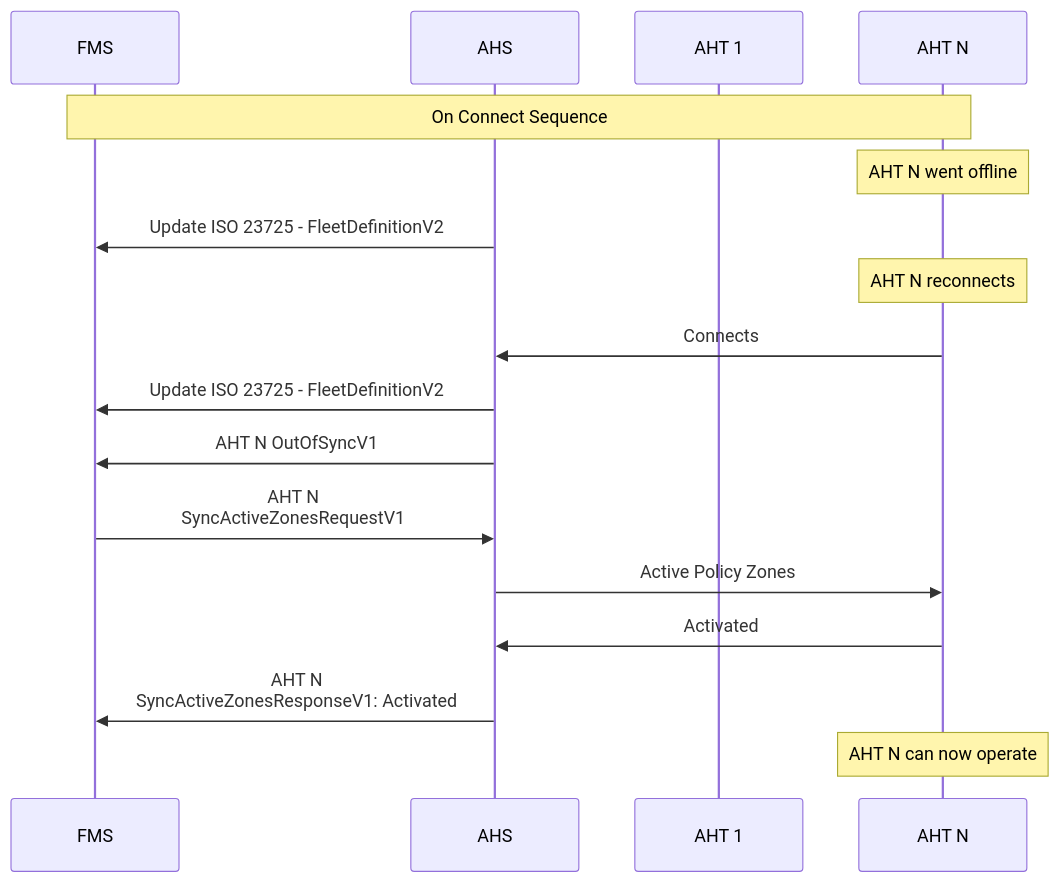
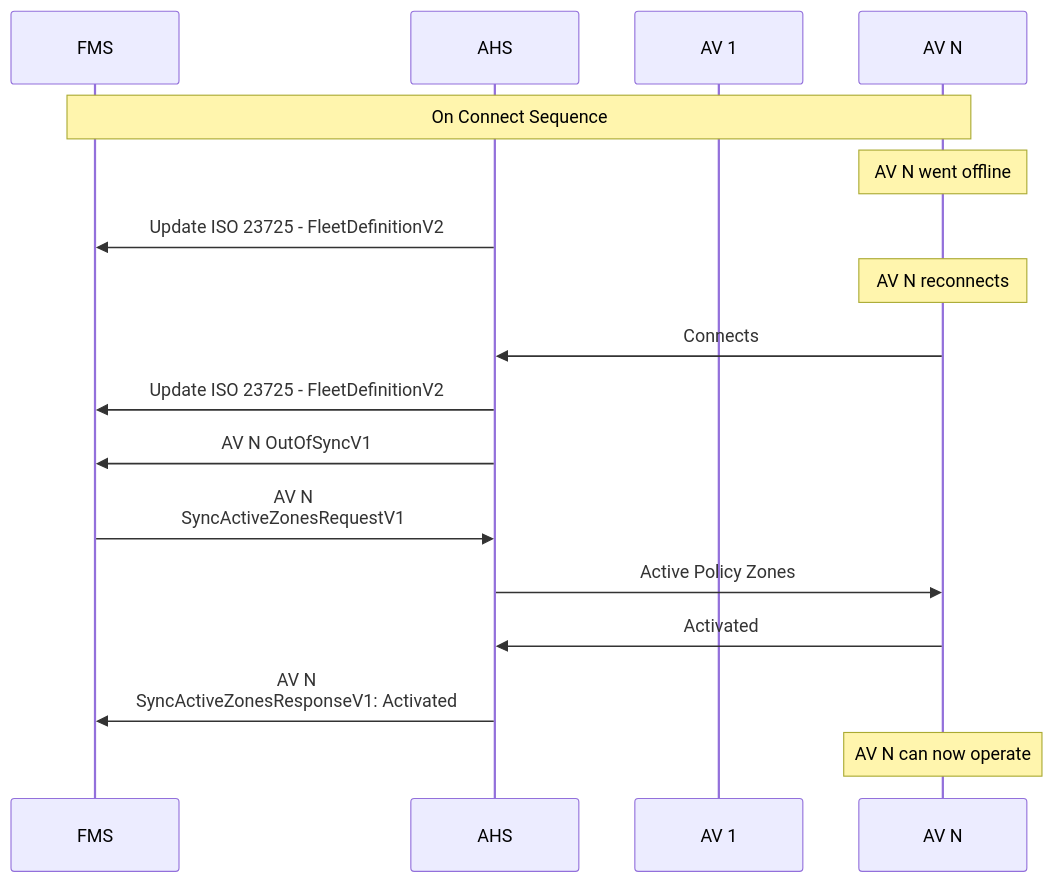
One commit to open-autonomy/zone changed the first of 3 diagrams in diagram/Resynchronisation.md. Above: the diagram before and after it, drawn with Mermaid. The commit also changed other lines of this file and 15 other files, not shown here.

````diff
--- a/diagram/Resynchronisation.md
+++ b/diagram/Resynchronisation.md
@@ -8,27 +8,27 @@
 ```mermaid
 sequenceDiagram
     participant FMS
     participant AHS
-    participant AHT 1
-    participant AHT N
+    participant AV 1
+    participant AV N
 
-    Note over FMS,AHT N: On Connect Sequence
-    Note over AHT N: AHT N went offline
+    Note over FMS,AV N: On Connect Sequence
+    Note over AV N: AV N went offline
     AHS->>FMS: Update ISO 23725 - FleetDefinitionV2
 
-    Note Over AHT N: AHT N reconnects
+    Note Over AV N: AV N reconnects
 
-    AHT N->>AHS: Connects
+    AV N->>AHS: Connects
     AHS->>FMS: Update ISO 23725 - FleetDefinitionV2
     
-    AHS->>FMS: AHT N OutOfSyncV1
+    AHS->>FMS: AV N OutOfSyncV1
 
-    FMS->>AHS: AHT N <br/> SyncActiveZonesRequestV1
-    AHS->>AHT N: Active Policy Zones
+    FMS->>AHS: AV N <br/> SyncActiveZonesRequestV1
+    AHS->>AV N: Active Policy Zones
 
-    AHT N->>AHS: Activated
+    AV N->>AHS: Activated
 
-    AHS->>FMS: AHT N <br/> SyncActiveZonesResponseV1: Activated
+    AHS->>FMS: AV N <br/> SyncActiveZonesResponseV1: Activated
 
-    Note Over AHT N: AHT N can now operate
+    Note Over AV N: AV N can now operate
 ```
````
